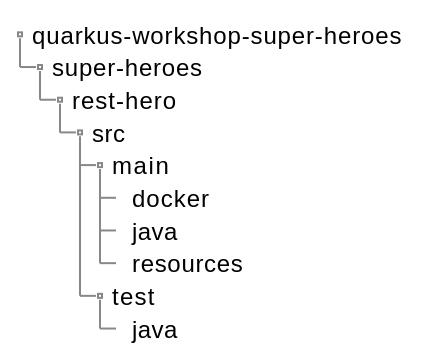
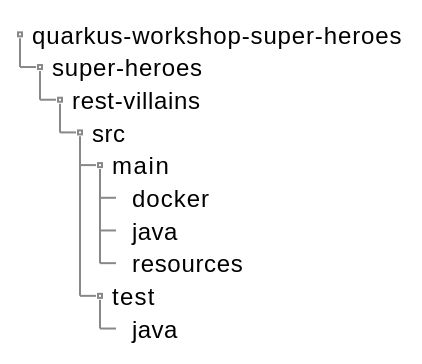
The third of 4 diagrams in quarkus-workshop-super-heroes/docs/src/main/asciidoc/0-introduction/introduction-preparing.adoc (quarkusio/quarkus-workshops), drawn with PlantUML before and after one commit. The commit also changed other lines of this file and 15 other files, not shown here.

```diff
--- a/quarkus-workshop-super-heroes/docs/src/main/asciidoc/0-introduction/introduction-preparing.adoc
+++ b/quarkus-workshop-super-heroes/docs/src/main/asciidoc/0-introduction/introduction-preparing.adoc
@@ -59,20 +59,20 @@
 [plantuml]
 ----
 @startsalt
 {
 {
 T
 quarkus-workshop-super-heroes
 +  super-heroes
-++ rest-hero
+++ rest-villains
 +++ src
 ++++  main
 +++++  docker
 +++++  java
 +++++  resources
 ++++  test
 +++++  java
 }
 }
 @endsalt
 ----
```
